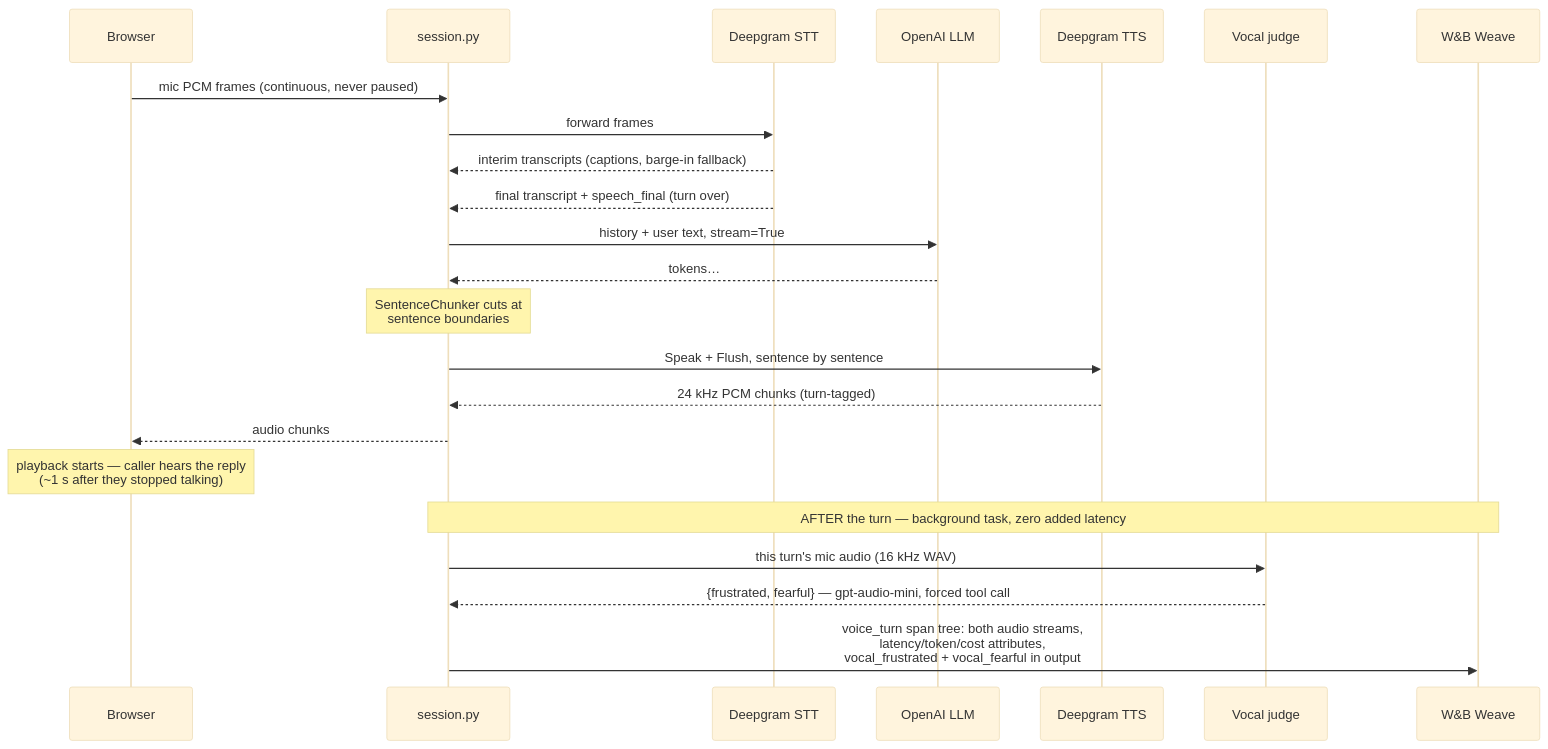
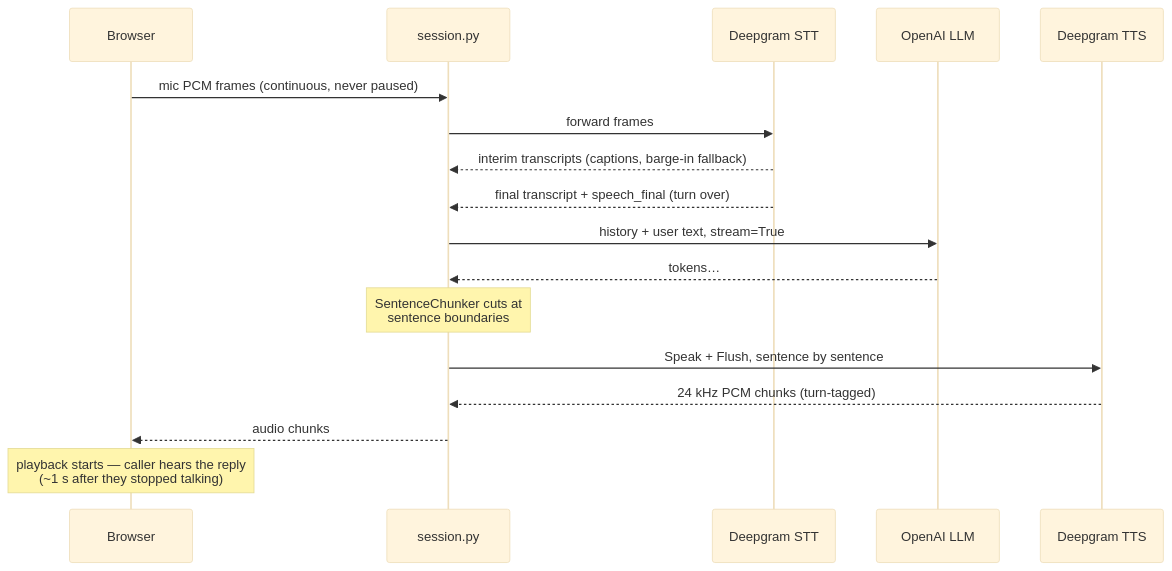
Before and after one commit to jbutt-wandb/voice_repair_agent: the second of 2 diagrams in docs/05-architecture.md, drawn with Mermaid (base theme). The commit also changed other lines of this file and 6 other files, not shown here.

````diff
--- a/docs/05-architecture.md
+++ b/docs/05-architecture.md
@@ -64,27 +51,20 @@
 ```mermaid
 sequenceDiagram
     participant B as Browser
     participant S as session.py
     participant STT as Deepgram STT
     participant LLM as OpenAI LLM
     participant TTS as Deepgram TTS
-    participant J as Vocal judge
-    participant W as W&B Weave
 
     B->>S: mic PCM frames (continuous, never paused)
     S->>STT: forward frames
     STT-->>S: interim transcripts (captions, barge-in fallback)
     STT-->>S: final transcript + speech_final (turn over)
     S->>LLM: history + user text, stream=True
     LLM-->>S: tokens…
     Note over S: SentenceChunker cuts at<br/>sentence boundaries
     S->>TTS: Speak + Flush, sentence by sentence
     TTS-->>S: 24 kHz PCM chunks (turn-tagged)
     S-->>B: audio chunks
     Note over B: playback starts — caller hears the reply<br/>(~1 s after they stopped talking)
-
-    Note over S,W: AFTER the turn — background task, zero added latency
-    S->>J: this turn's mic audio (16 kHz WAV)
-    J-->>S: {frustrated, fearful} — gpt-audio-mini, forced tool call
-    S->>W: voice_turn span tree: both audio streams,<br/>latency/token/cost attributes,<br/>vocal_frustrated + vocal_fearful in output
 ```
````
